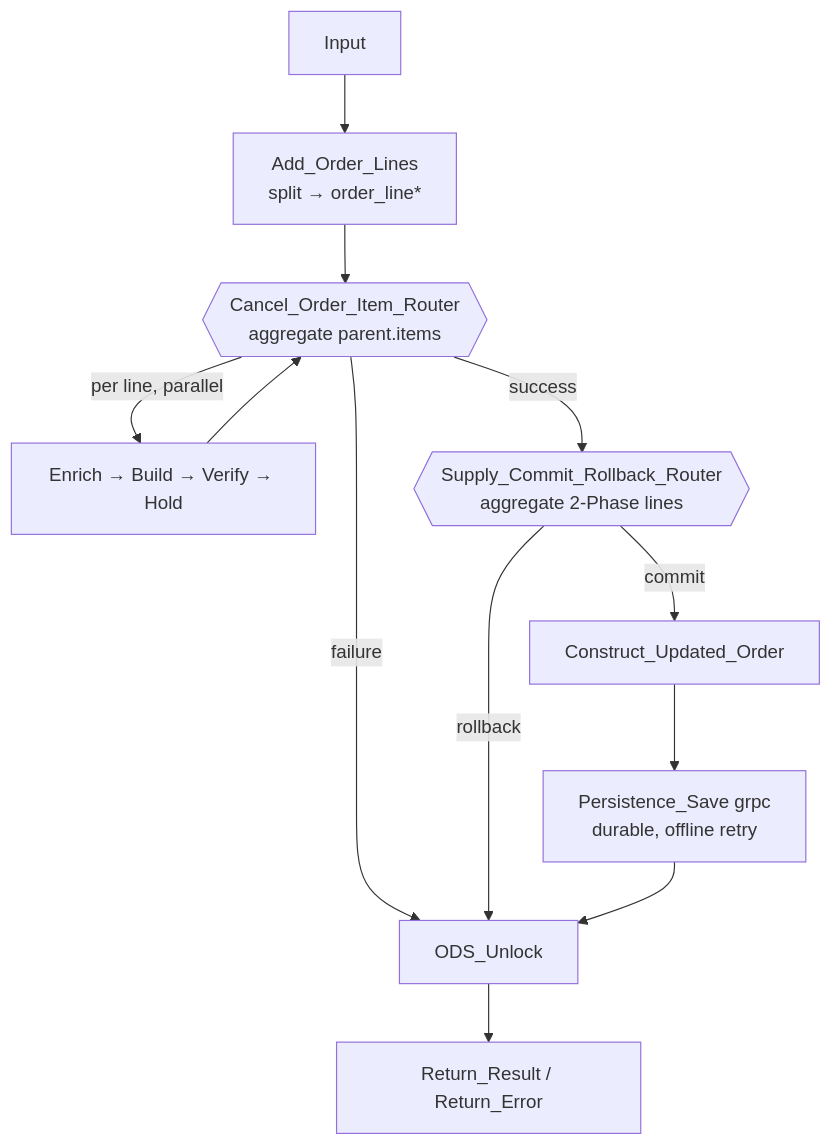
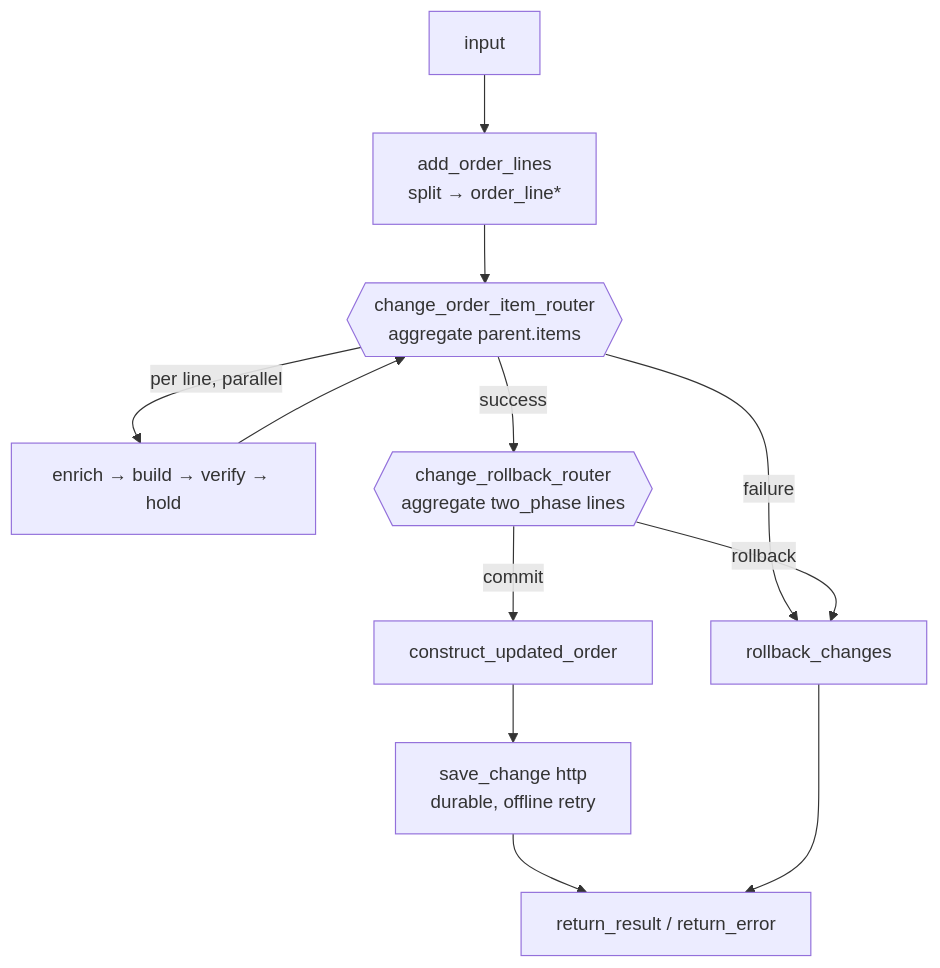
One commit to akh00/AFlow changed the sixth of 6 diagrams in docs/aflow-workflow-spec.md. Above: the diagram before and after it, drawn with Mermaid. The commit also changed other lines of this file, not shown here.

````diff
--- a/docs/aflow-workflow-spec.md
+++ b/docs/aflow-workflow-spec.md
@@ -874,14 +889,14 @@
 ```mermaid
 flowchart TD
-    I[Input] --> AL[Add_Order_Lines<br/>split → order_line*]
-    AL --> R1{{Cancel_Order_Item_Router<br/>aggregate parent.items}}
-    R1 -->|per line, parallel| EV[Enrich → Build → Verify → Hold]
+    I[input] --> AL[add_order_lines<br/>split → order_line*]
+    AL --> R1{{change_order_item_router<br/>aggregate parent.items}}
+    R1 -->|per line, parallel| EV[enrich → build → verify → hold]
     EV --> R1
-    R1 -->|success| CR{{Supply_Commit_Rollback_Router<br/>aggregate 2-Phase lines}}
-    R1 -->|failure| UL[ODS_Unlock]
-    CR -->|commit| CO[Construct_Updated_Order]
+    R1 -->|success| CR{{change_rollback_router<br/>aggregate two_phase lines}}
+    R1 -->|failure| UL[rollback_changes]
+    CR -->|commit| CO[construct_updated_order]
     CR -->|rollback| UL
-    CO --> PS[Persistence_Save grpc<br/>durable, offline retry]
-    PS --> UL
-    UL --> RR[Return_Result / Return_Error]
+    CO --> PS[save_change http<br/>durable, offline retry]
+    PS --> RR[return_result / return_error]
+    UL --> RR
 ```
````
